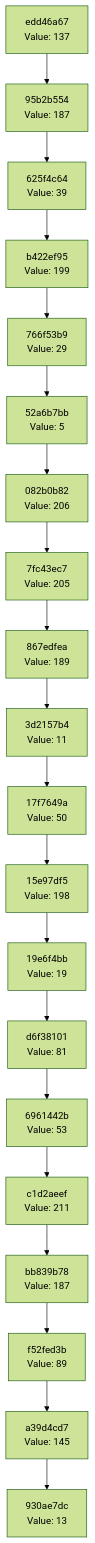
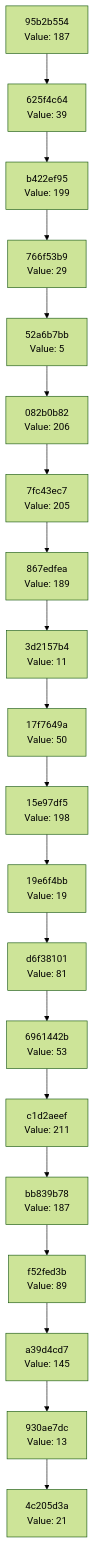
One commit to Abhisheksinha1506/hash-chain-evolver changed the diagram in docs/CHAIN_VISUALIZATION.md. Above: the diagram before and after it, drawn with Mermaid (forest theme). The commit also changed 3 other files, not shown here.

````diff
--- a/docs/CHAIN_VISUALIZATION.md
+++ b/docs/CHAIN_VISUALIZATION.md
@@ -3,42 +3,42 @@
 ```mermaid
 graph TD
-    C0["930ae7dc<br/>Value: 13"]
-    C1["a39d4cd7<br/>Value: 145"]
+    C0["4c205d3a<br/>Value: 21"]
+    C1["930ae7dc<br/>Value: 13"]
     C1 --> C0
-    C2["f52fed3b<br/>Value: 89"]
+    C2["a39d4cd7<br/>Value: 145"]
     C2 --> C1
-    C3["bb839b78<br/>Value: 187"]
+    C3["f52fed3b<br/>Value: 89"]
     C3 --> C2
-    C4["c1d2aeef<br/>Value: 211"]
+    C4["bb839b78<br/>Value: 187"]
     C4 --> C3
-    C5["6961442b<br/>Value: 53"]
+    C5["c1d2aeef<br/>Value: 211"]
     C5 --> C4
-    C6["d6f38101<br/>Value: 81"]
+    C6["6961442b<br/>Value: 53"]
     C6 --> C5
-    C7["19e6f4bb<br/>Value: 19"]
+    C7["d6f38101<br/>Value: 81"]
     C7 --> C6
-    C8["15e97df5<br/>Value: 198"]
+    C8["19e6f4bb<br/>Value: 19"]
     C8 --> C7
-    C9["17f7649a<br/>Value: 50"]
+    C9["15e97df5<br/>Value: 198"]
     C9 --> C8
-    C10["3d2157b4<br/>Value: 11"]
+    C10["17f7649a<br/>Value: 50"]
     C10 --> C9
-    C11["867edfea<br/>Value: 189"]
+    C11["3d2157b4<br/>Value: 11"]
     C11 --> C10
-    C12["7fc43ec7<br/>Value: 205"]
+    C12["867edfea<br/>Value: 189"]
     C12 --> C11
-    C13["082b0b82<br/>Value: 206"]
+    C13["7fc43ec7<br/>Value: 205"]
     C13 --> C12
-    C14["52a6b7bb<br/>Value: 5"]
+    C14["082b0b82<br/>Value: 206"]
     C14 --> C13
-    C15["766f53b9<br/>Value: 29"]
+    C15["52a6b7bb<br/>Value: 5"]
     C15 --> C14
-    C16["b422ef95<br/>Value: 199"]
+    C16["766f53b9<br/>Value: 29"]
     C16 --> C15
-    C17["625f4c64<br/>Value: 39"]
+    C17["b422ef95<br/>Value: 199"]
     C17 --> C16
-    C18["95b2b554<br/>Value: 187"]
+    C18["625f4c64<br/>Value: 39"]
     C18 --> C17
-    C19["edd46a67<br/>Value: 137"]
+    C19["95b2b554<br/>Value: 187"]
     C19 --> C18
 ```
````
